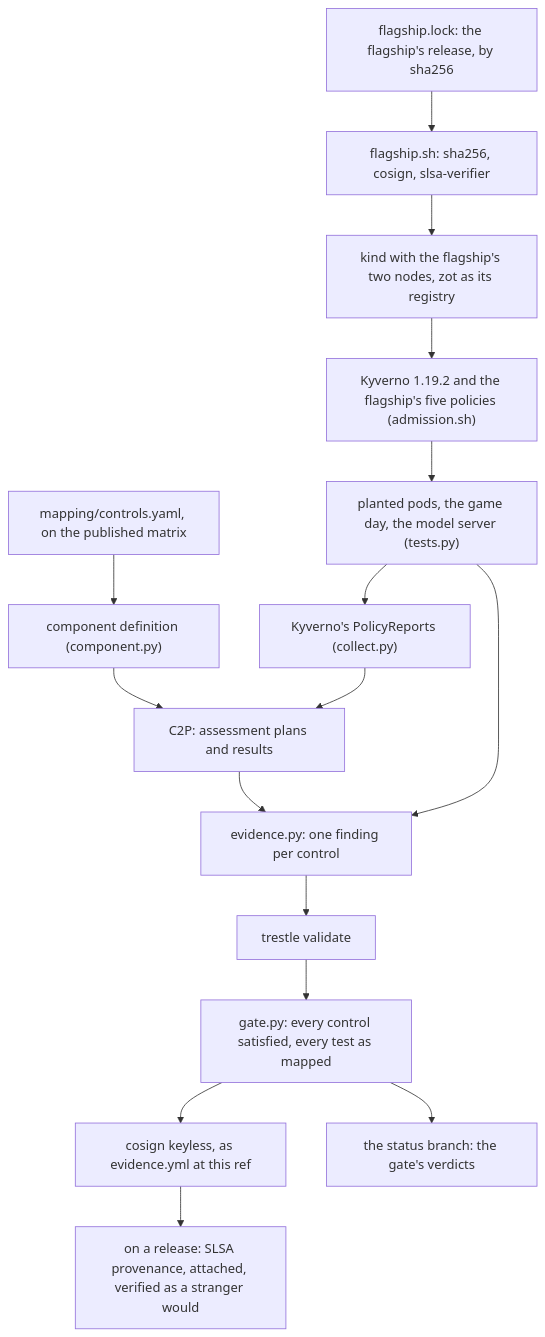
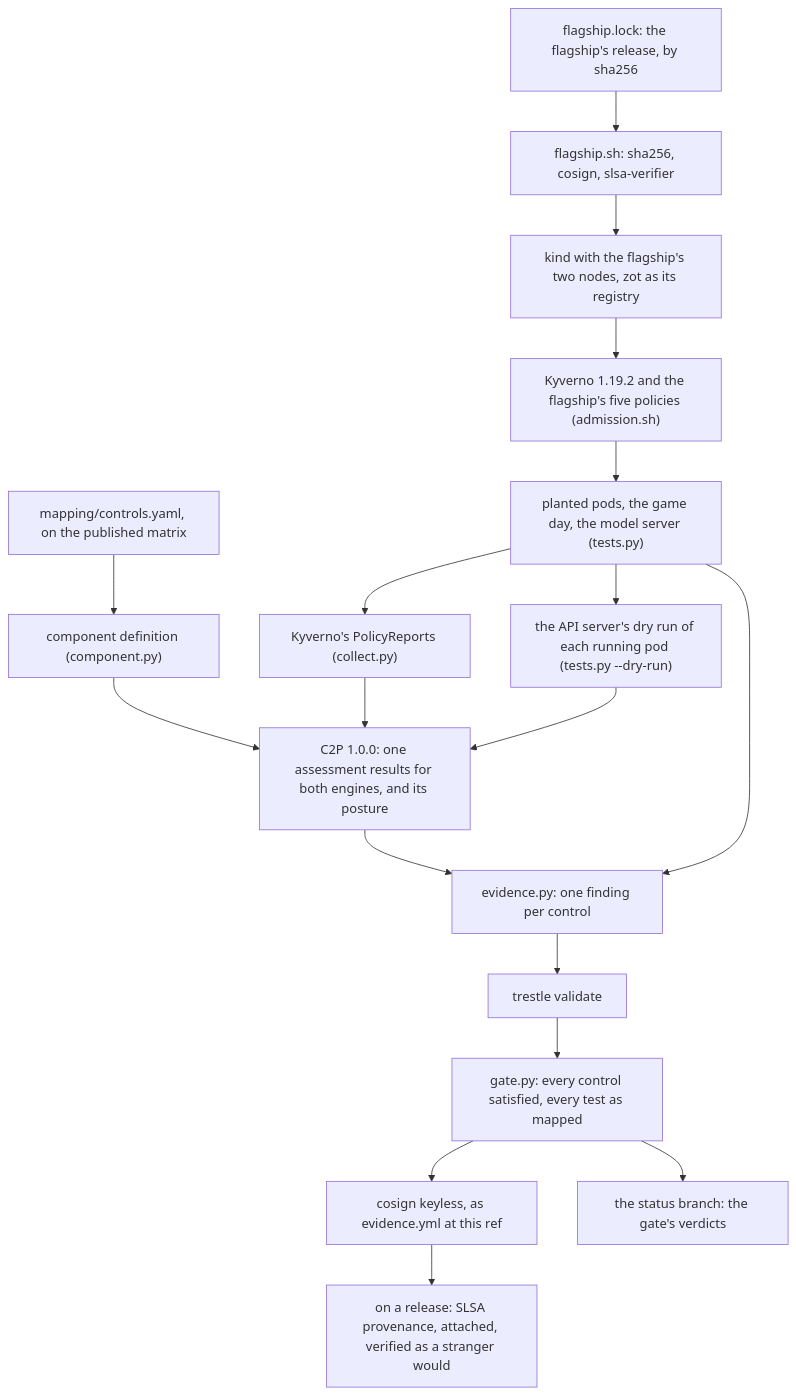
Before and after one commit to heyvaldemar/kubernetes-oscal-evidence: the diagram in README.md, drawn with Mermaid. The commit also changed other lines of this file and 16 other files, not shown here.

Commit message:
docs: C2P 1.0.0 and the API server's dry run, from run 43775335140; fixtures rebuilt from it

````diff
--- a/README.md
+++ b/README.md
@@ -36,18 +37,20 @@
 ```mermaid
 flowchart TD
   lock["flagship.lock: the flagship's release, by sha256"] --> verify["flagship.sh: sha256, cosign, slsa-verifier"]
   verify --> cluster["kind with the flagship's two nodes, zot as its registry"]
   cluster --> policies["Kyverno 1.19.2 and the flagship's five policies (admission.sh)"]
   policies --> pods["planted pods, the game day, the model server (tests.py)"]
   pods --> reports["Kyverno's PolicyReports (collect.py)"]
+  pods --> dryrun["the API server's dry run of each running pod (tests.py --dry-run)"]
   mapping["mapping/controls.yaml, on the published matrix"] --> cd["component definition (component.py)"]
-  cd --> c2p["C2P: assessment plans and results"]
+  cd --> c2p["C2P 1.0.0: one assessment results for both engines, and its posture"]
   reports --> c2p
+  dryrun --> c2p
   c2p --> evidence["evidence.py: one finding per control"]
   pods --> evidence
   evidence --> validate["trestle validate"]
   validate --> gate["gate.py: every control satisfied, every test as mapped"]
   gate --> sign["cosign keyless, as evidence.yml at this ref"]
   gate --> status["the status branch: the gate's verdicts"]
   sign --> release["on a release: SLSA provenance, attached, verified as a stranger would"]
 ```
````
